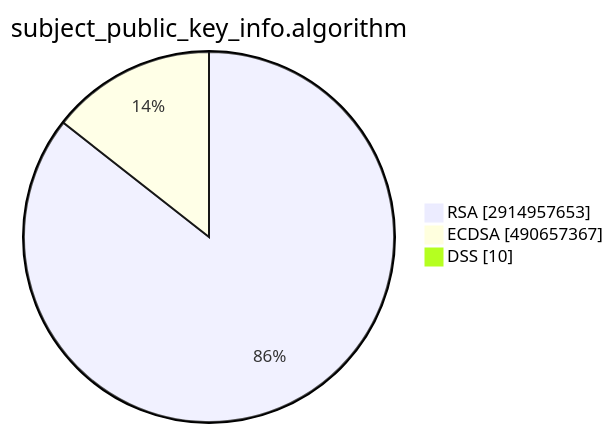
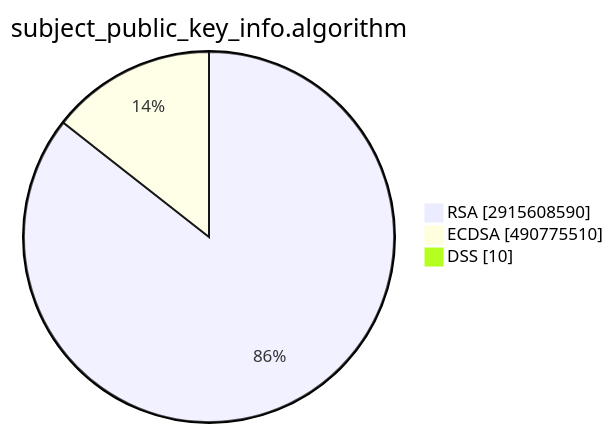
Before and after one commit to christiankrug/ctmonitor_visualization: the second of 15 diagrams in TOTAL/README.md, drawn with Mermaid. The commit also changed other lines of this file, not shown here.

````diff
--- a/TOTAL/README.md
+++ b/TOTAL/README.md
@@ -6,7 +6,7 @@
 ```mermaid
 pie showData
 title subject_public_key_info.algorithm
-"RSA" :2914957653
-"ECDSA" :490657367
+"RSA" :2915608590
+"ECDSA" :490775510
 "DSS" :10
 ```
````
